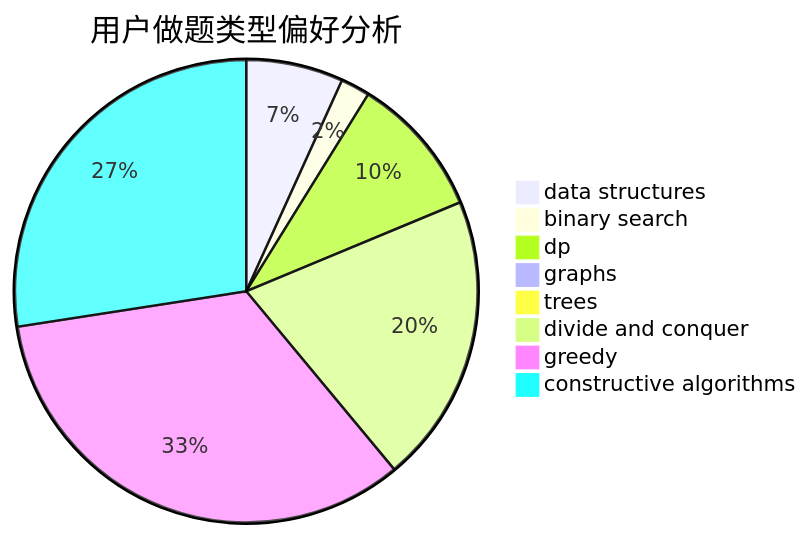
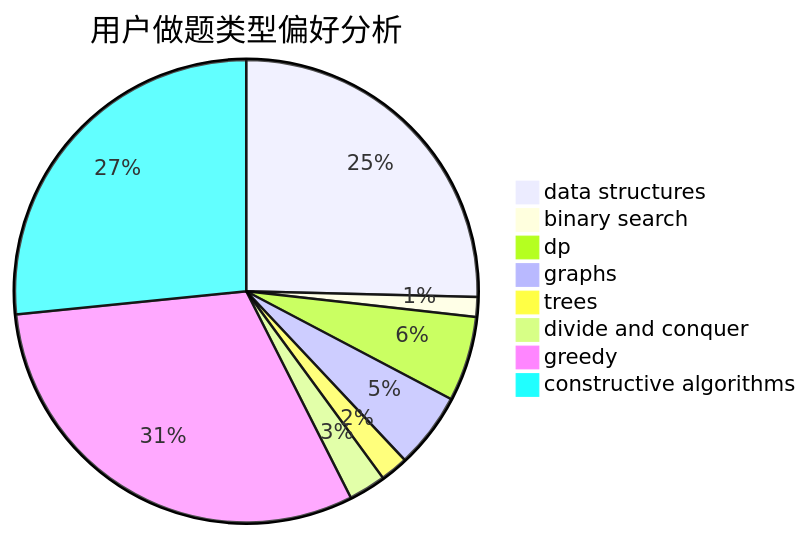
One commit to sherpahu/cfrs.github.io changed the second of 3 diagrams in docs/user/u8.md. Above: the diagram before and after it, drawn with Mermaid. The commit also changed other lines of this file and 2770 other files, not shown here.

````diff
--- a/docs/user/u8.md
+++ b/docs/user/u8.md
@@ -23,11 +23,11 @@
 ```mermaid
 pie title 用户做题类型偏好分析
-    "data structures" :  63
-    "binary search" :  19
-    "dp" :  92
-    "graphs" :  9
-    "trees" :  2
-    "divide and conquer" :  188
-    "greedy" :  312
-    "constructive algorithms" :  255
+    "data structures" :  274
+    "binary search" :  15
+    "dp" :  64
+    "graphs" :  57
+    "trees" :  21
+    "divide and conquer" :  28
+    "greedy" :  333
+    "constructive algorithms" :  287
 ```
````
